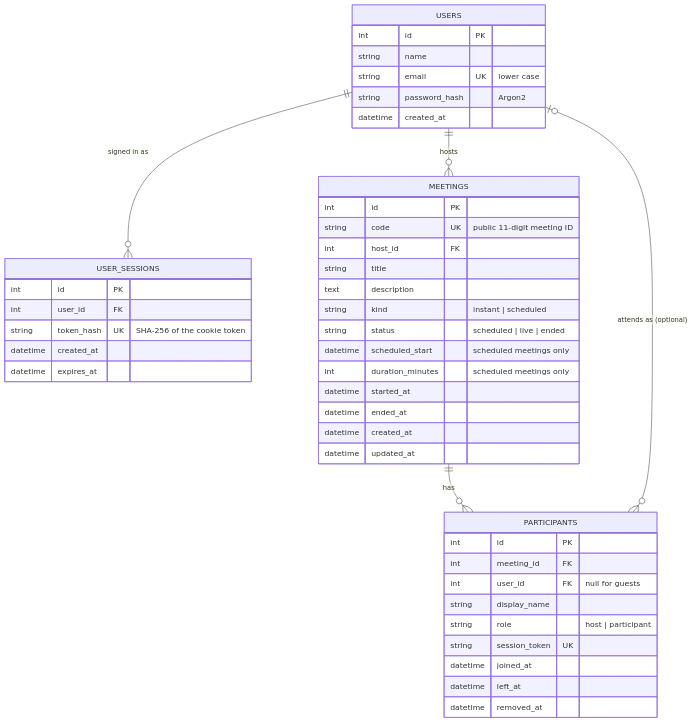
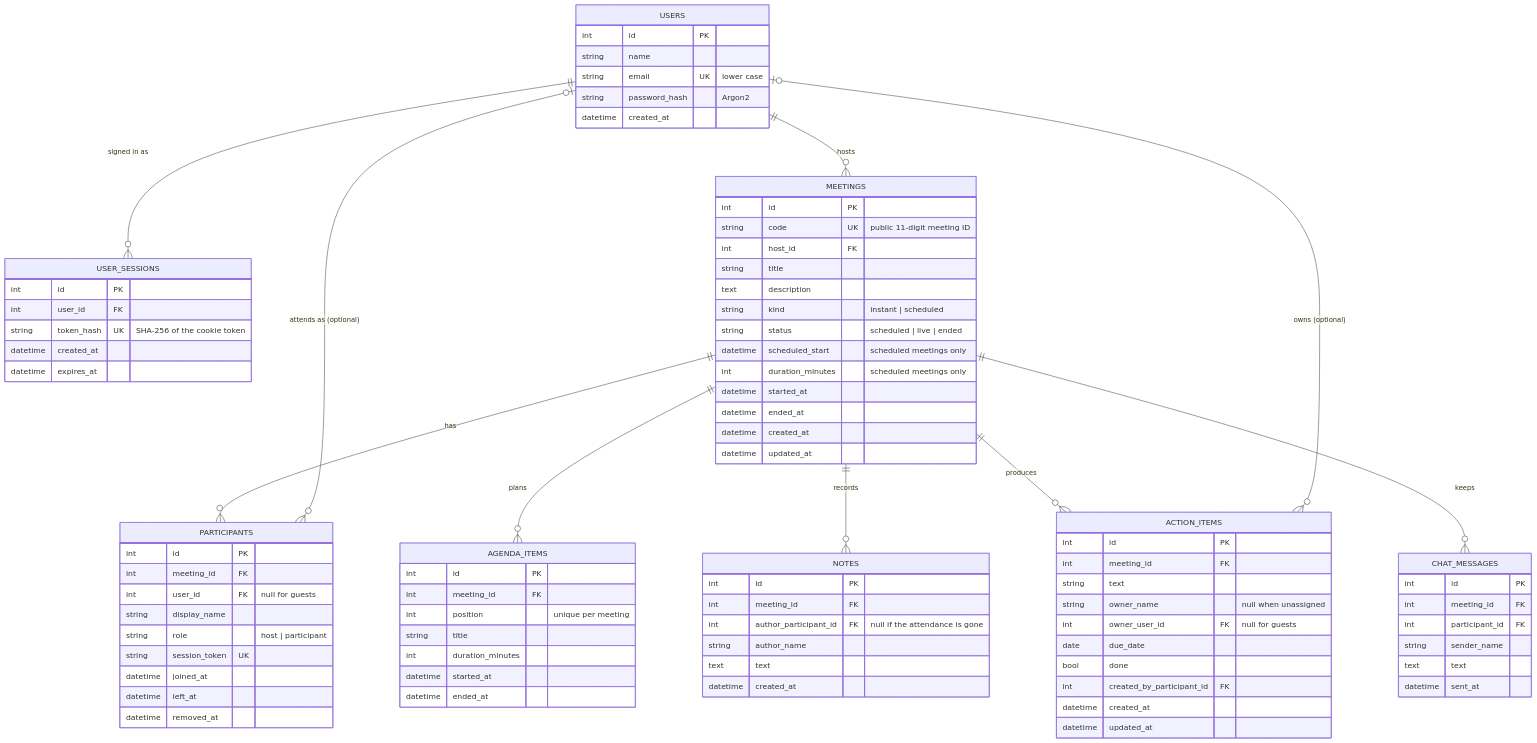
One commit to jpriyansh2005/Huddle-Flow changed the second of 4 diagrams in docs/ARCHITECTURE.md. Above: the diagram before and after it, drawn with Mermaid. The commit also changed other lines of this file and 32 other files, not shown here.

First line of the commit message:
feat: shared notes, action items and saved chat

````diff
--- a/docs/ARCHITECTURE.md
+++ b/docs/ARCHITECTURE.md
@@ -84,7 +84,12 @@
     USERS ||--o{ USER_SESSIONS : "signed in as"
     USERS ||--o{ MEETINGS : hosts
     MEETINGS ||--o{ PARTICIPANTS : has
+    MEETINGS ||--o{ AGENDA_ITEMS : plans
+    MEETINGS ||--o{ NOTES : records
+    MEETINGS ||--o{ ACTION_ITEMS : produces
+    MEETINGS ||--o{ CHAT_MESSAGES : keeps
     USERS |o--o{ PARTICIPANTS : "attends as (optional)"
+    USERS |o--o{ ACTION_ITEMS : "owns (optional)"
 
     USERS {
         int id PK
@@ -126,4 +131,41 @@
         datetime left_at
         datetime removed_at
     }
+    AGENDA_ITEMS {
+        int id PK
+        int meeting_id FK
+        int position "unique per meeting"
+        string title
+        int duration_minutes
+        datetime started_at
+        datetime ended_at
+    }
+    NOTES {
+        int id PK
+        int meeting_id FK
+        int author_participant_id FK "null if the attendance is gone"
+        string author_name
+        text text
+        datetime created_at
+    }
+    ACTION_ITEMS {
+        int id PK
+        int meeting_id FK
+        string text
+        string owner_name "null when unassigned"
+        int owner_user_id FK "null for guests"
+        date due_date
+        bool done
+        int created_by_participant_id FK
+        datetime created_at
+        datetime updated_at
+    }
+    CHAT_MESSAGES {
+        int id PK
+        int meeting_id FK
+        int participant_id FK
+        string sender_name
+        text text
+        datetime sent_at
+    }
 ```
````
